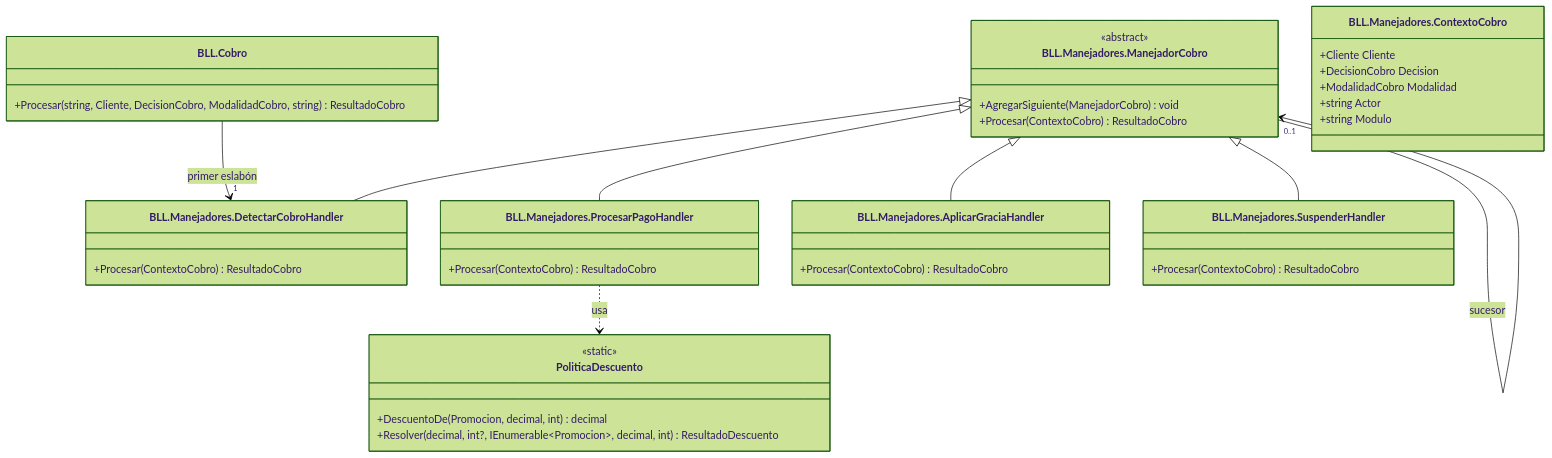
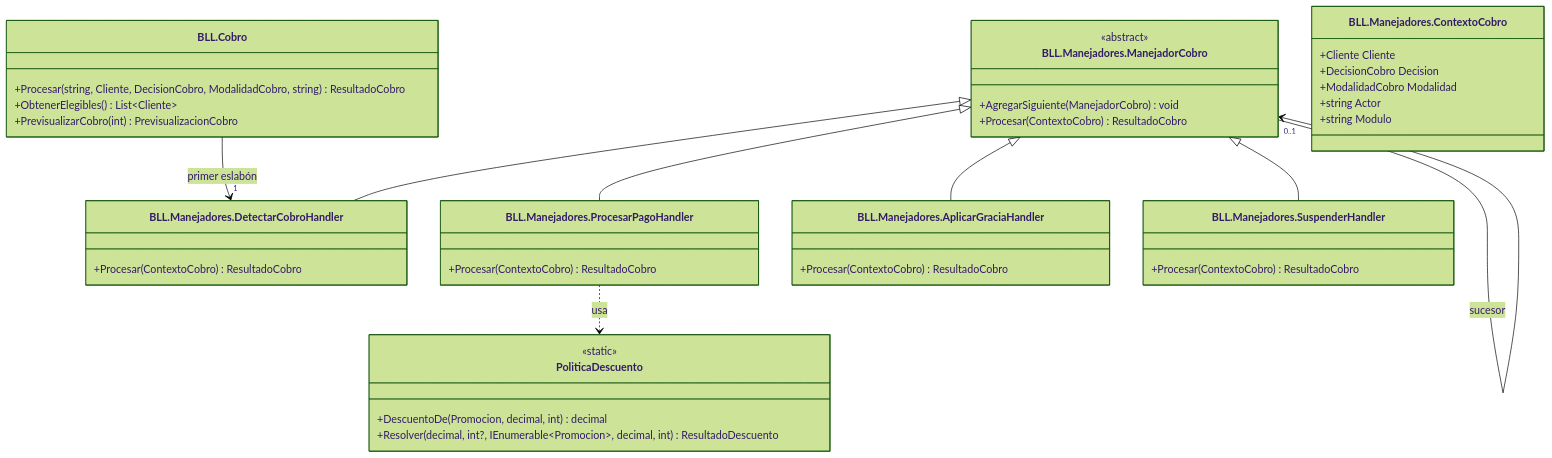
The diagram in docs/diagramas/mermaid/CLASES_patron_chain_cobro.mmd (valentinamorana/Trabajo-de-Diploma), drawn with Mermaid (forest theme) before and after one commit. The commit also changed 56 other files, not shown here.

```diff
--- a/docs/diagramas/mermaid/CLASES_patron_chain_cobro.mmd
+++ b/docs/diagramas/mermaid/CLASES_patron_chain_cobro.mmd
@@ -1,41 +1,43 @@
 classDiagram
   direction TB
   class BLL_Cobro["BLL.Cobro"] {
     +Procesar(string,  Cliente,  DecisionCobro,  ModalidadCobro,  string) ResultadoCobro
+    +ObtenerElegibles() List~Cliente~
+    +PrevisualizarCobro(int) PrevisualizacionCobro
   }
   class BLL_Manejadores_ManejadorCobro["BLL.Manejadores.ManejadorCobro"] {
     <<abstract>>
     +AgregarSiguiente(ManejadorCobro) void
     +Procesar(ContextoCobro) ResultadoCobro
   }
   class BLL_Manejadores_DetectarCobroHandler["BLL.Manejadores.DetectarCobroHandler"] {
     +Procesar(ContextoCobro) ResultadoCobro
   }
   class BLL_Manejadores_ProcesarPagoHandler["BLL.Manejadores.ProcesarPagoHandler"] {
     +Procesar(ContextoCobro) ResultadoCobro
   }
   class BLL_Manejadores_AplicarGraciaHandler["BLL.Manejadores.AplicarGraciaHandler"] {
     +Procesar(ContextoCobro) ResultadoCobro
   }
   class BLL_Manejadores_SuspenderHandler["BLL.Manejadores.SuspenderHandler"] {
     +Procesar(ContextoCobro) ResultadoCobro
   }
   class BLL_Manejadores_ContextoCobro["BLL.Manejadores.ContextoCobro"] {
     +Cliente Cliente
     +DecisionCobro Decision
     +ModalidadCobro Modalidad
     +string Actor
     +string Modulo
   }
   class PoliticaDescuento {
     <<static>>
     +DescuentoDe(Promocion,  decimal,  int) decimal
     +Resolver(decimal,  int?,  IEnumerable~Promocion~,  decimal,  int) ResultadoDescuento
   }
   BLL_Manejadores_ManejadorCobro <|-- BLL_Manejadores_DetectarCobroHandler
   BLL_Manejadores_ManejadorCobro <|-- BLL_Manejadores_ProcesarPagoHandler
   BLL_Manejadores_ManejadorCobro <|-- BLL_Manejadores_AplicarGraciaHandler
   BLL_Manejadores_ManejadorCobro <|-- BLL_Manejadores_SuspenderHandler
   BLL_Cobro --> "1" BLL_Manejadores_DetectarCobroHandler : primer eslabón
   BLL_Manejadores_ManejadorCobro --> "0..1" BLL_Manejadores_ManejadorCobro : sucesor
   BLL_Manejadores_ProcesarPagoHandler ..> PoliticaDescuento : usa
```
